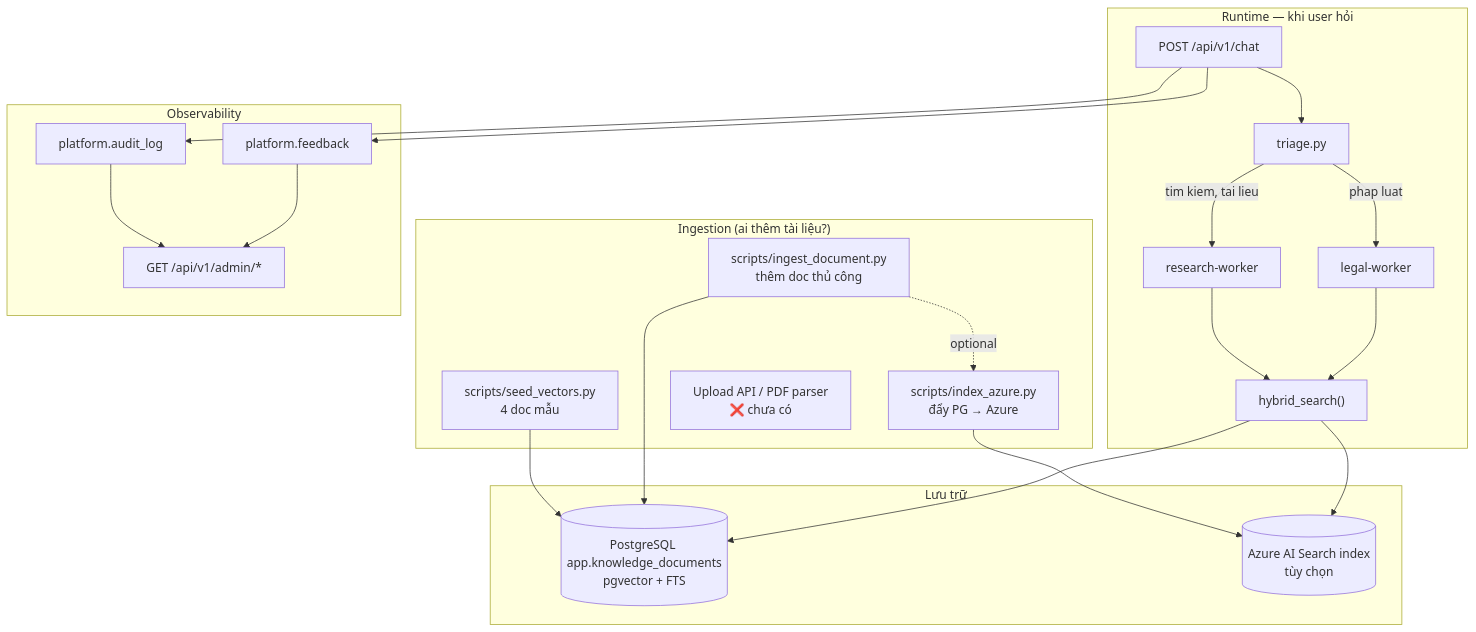
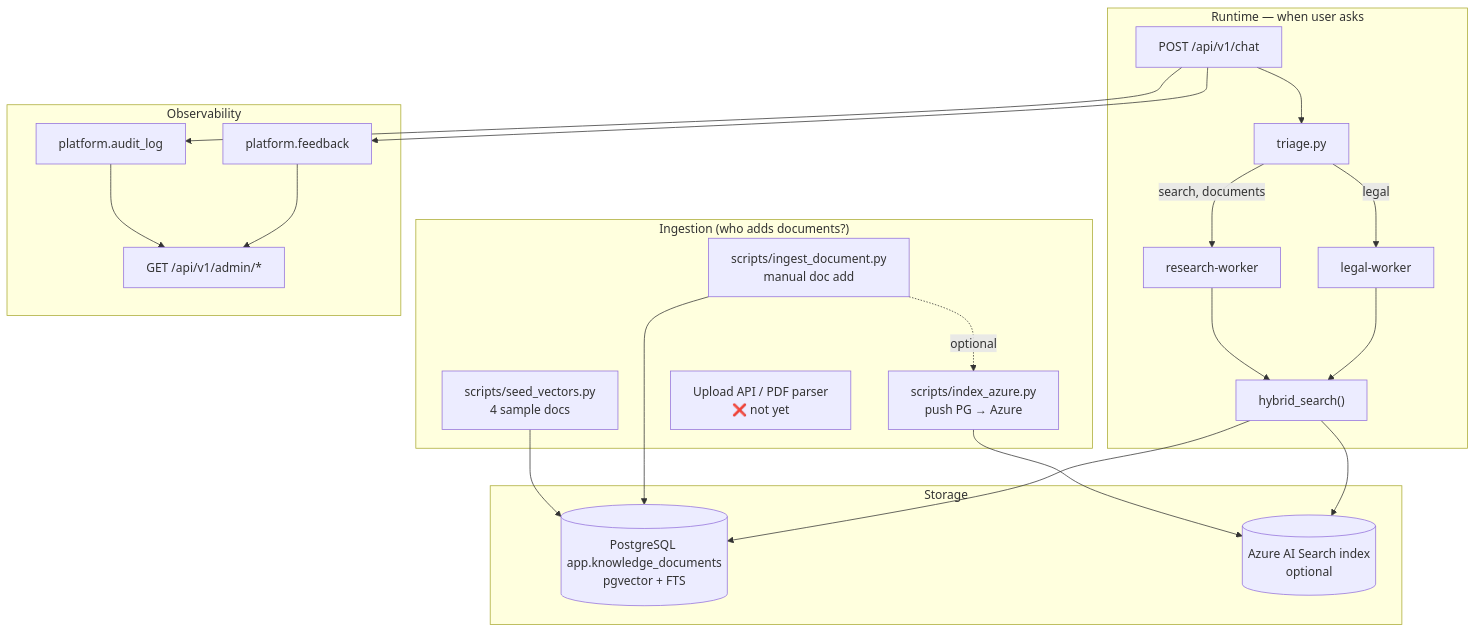
Before and after one commit to Nguyenkiettuan1/Multi-Agent-Platform: the diagram in docs/13-RAG-OBSERVABILITY-GUIDE.md, drawn with Mermaid. The commit also changed other lines of this file and 104 other files, not shown here.

````diff
--- a/docs/13-RAG-OBSERVABILITY-GUIDE.md
+++ b/docs/13-RAG-OBSERVABILITY-GUIDE.md
@@ -12,46 +9,46 @@
 ```mermaid
 flowchart TB
-    subgraph INGEST["Ingestion (ai thêm tài liệu?)"]
-        SEED["scripts/seed_vectors.py<br/>4 doc mẫu"]
-        INGEST_CLI["scripts/ingest_document.py<br/>thêm doc thủ công"]
-        AZ_IDX["scripts/index_azure.py<br/>đẩy PG → Azure"]
-        FUTURE["Upload API / PDF parser<br/>❌ chưa có"]
+    subgraph INGEST["Ingestion (who adds documents?)"]
+        SEED["scripts/seed_vectors.py<br/>4 sample docs"]
+        INGEST_CLI["scripts/ingest_document.py<br/>manual doc add"]
+        AZ_IDX["scripts/index_azure.py<br/>push PG → Azure"]
+        FUTURE["Upload API / PDF parser<br/>❌ not yet"]
     end
 
-    subgraph STORE["Lưu trữ"]
+    subgraph STORE["Storage"]
         PG[(PostgreSQL app.knowledge_documents<br/>pgvector + FTS)]
-        AZ[(Azure AI Search index<br/>tùy chọn)]
+        AZ[(Azure AI Search index<br/>optional)]
     end
 
-    subgraph RUNTIME["Runtime — khi user hỏi"]
+    subgraph RUNTIME["Runtime — when user asks"]
         CHAT["POST /api/v1/chat"]
         TRIAGE["triage.py"]
         RW["research-worker"]
         LW["legal-worker"]
         HYB["hybrid_search()"]
     end
 
     subgraph OBS["Observability"]
         AUDIT["platform.audit_log"]
         FB["platform.feedback"]
         DASH["GET /api/v1/admin/*"]
     end
 
     SEED --> PG
     INGEST_CLI --> PG
     INGEST_CLI -.->|optional| AZ_IDX
     AZ_IDX --> AZ
 
     CHAT --> TRIAGE
-    TRIAGE -->|tim kiem, tai lieu| RW
-    TRIAGE -->|phap luat| LW
+    TRIAGE -->|search, documents| RW
+    TRIAGE -->|legal| LW
     RW --> HYB
     LW --> HYB
     HYB --> AZ
     HYB --> PG
 
     CHAT --> AUDIT
     CHAT --> FB
     AUDIT --> DASH
     FB --> DASH
 ```
````
